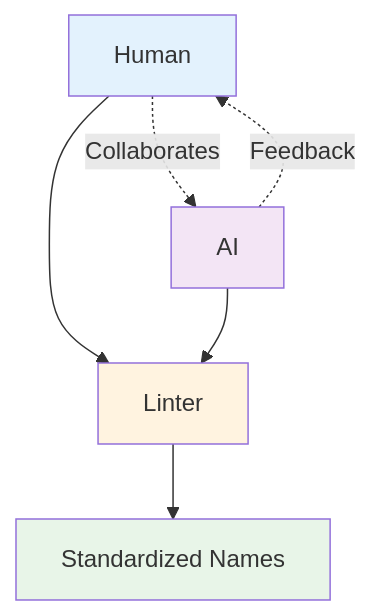
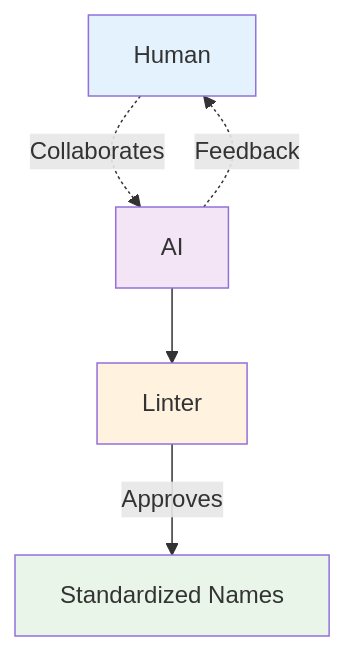
One commit to IndrajeetPatil/second-hardest-cs-thing changed the third of 4 diagrams in index.qmd. Above: the diagram before and after it, drawn with Mermaid. The commit also changed other lines of this file and 2 other files, not shown here.

````diff
--- a/index.qmd
+++ b/index.qmd
@@ -1137,15 +1150,14 @@
 ```{mermaid}
 %%| eval: true
 %%| echo: false
 flowchart TD
-    H[Human] --> L[Linter]
-    A[AI] --> L[Linter]
-    H -.->|Collaborates| A
+    H[Human] -.->|Collaborates| A[AI]
     A -.->|Feedback| H
-    L --> S[Standardized Names]
-    
+    A --> L[Linter]
+    L -->|Approves| S[Standardized Names]
+
     style H fill:#e3f2fd
     style A fill:#f3e5f5
     style L fill:#fff3e0
     style S fill:#e8f5e8
 ```
````
